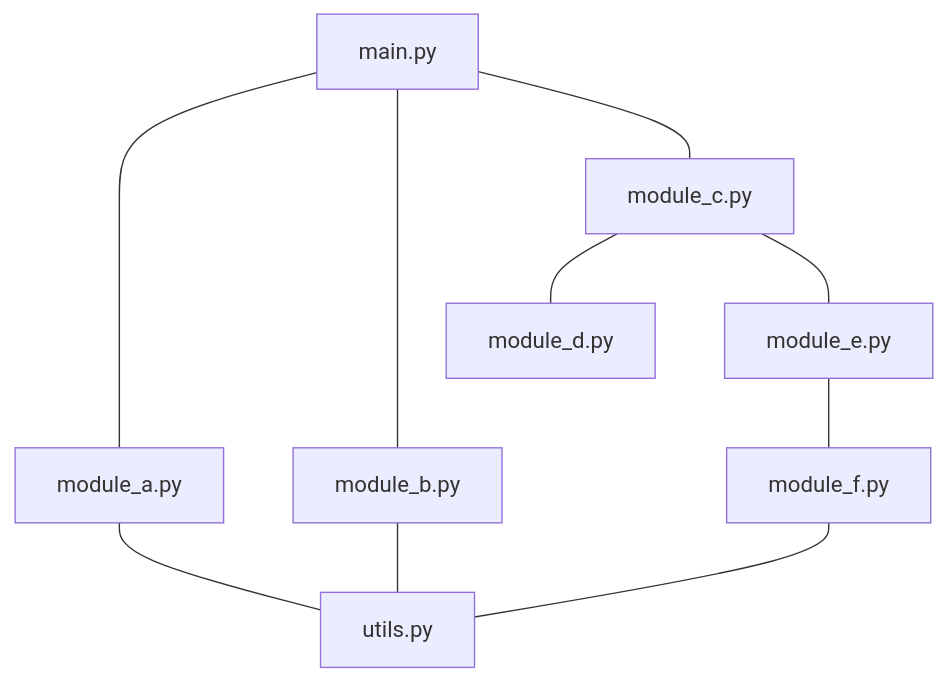
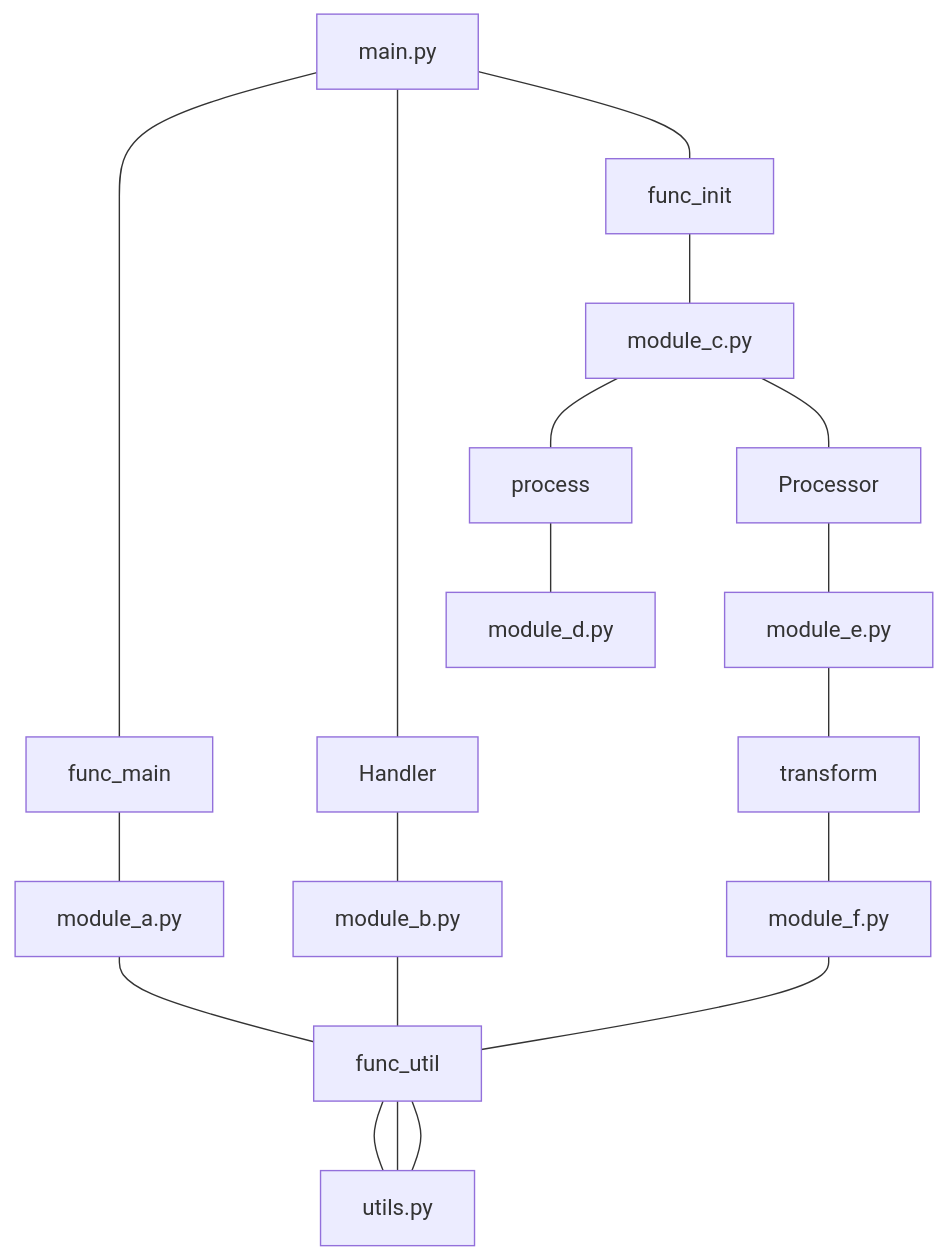
Before and after one commit to williamfzc/gossiphs: the diagram in README.md, drawn with Mermaid. The commit also changed other lines of this file, not shown here.

Commit message:
chore: doc
[no ci]

````diff
--- a/README.md
+++ b/README.md
@@ -16,12 +16,12 @@
 ```mermaid
 graph TD
-    A[main.py] --- B[module_a.py]
-    A ---  C[module_b.py]
-    B --- D[utils.py]
-    C --- D
-    A --- E[module_c.py]
-    E --- F[module_d.py]
-    E --- H[module_e.py]
-    H --- I[module_f.py]
-    I --- D
+    A[main.py] --- S1[func_main] --- B[module_a.py]
+    A --- S2[Handler] --- C[module_b.py]
+    B --- S3[func_util] --- D[utils.py]
+    C --- S3[func_util] --- D
+    A --- S4[func_init] --- E[module_c.py]
+    E --- S5[process] --- F[module_d.py]
+    E --- S6[Processor] --- H[module_e.py]
+    H --- S7[transform] --- I[module_f.py]
+    I --- S3[func_util] --- D
 ```
````
